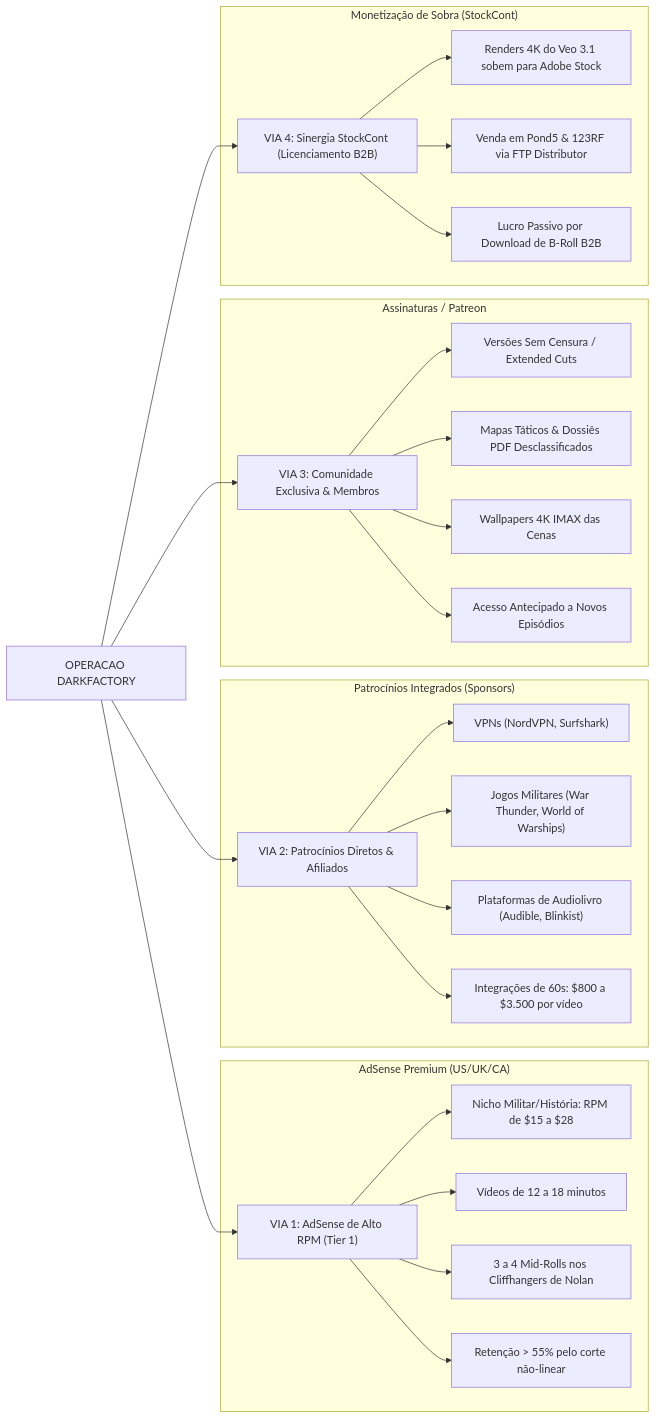
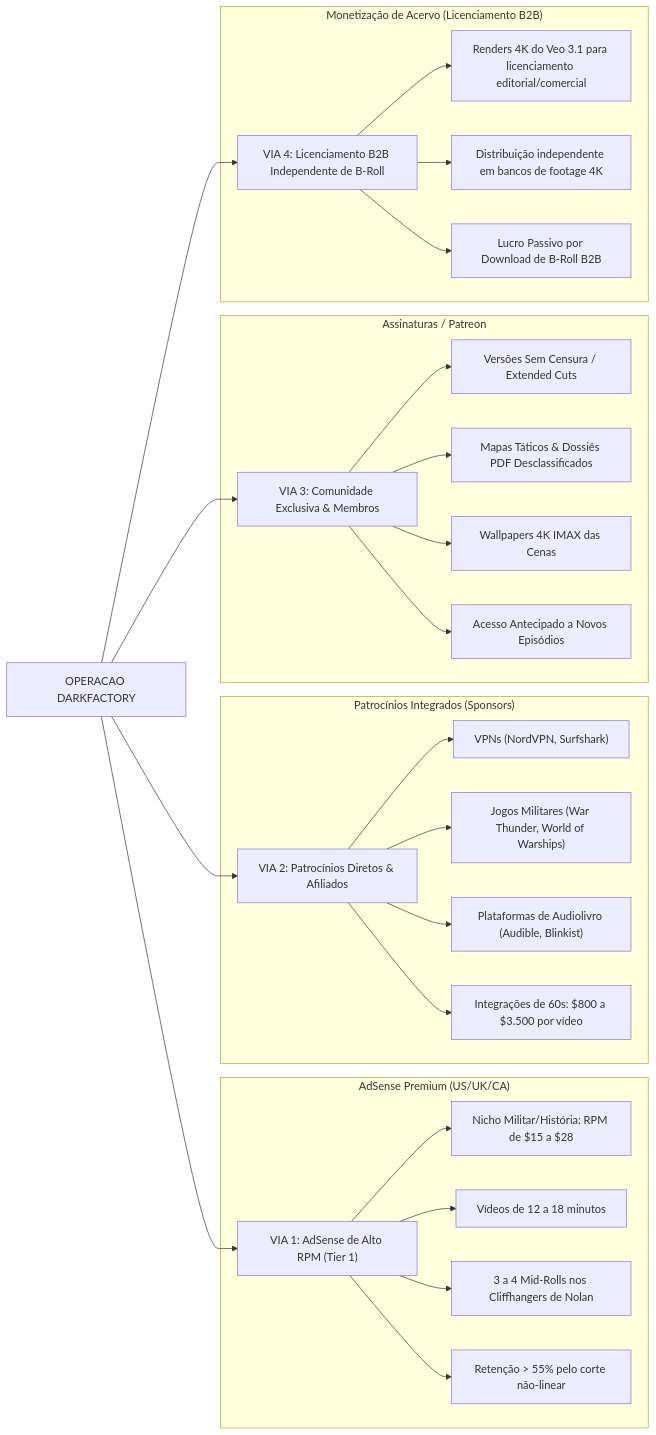
The second of 2 diagrams in roadmap-monetizacao-darkfactory.md (ciamarrojonatan-droid/darkfactory), drawn with Mermaid before and after one commit. The commit also changed other lines of this file and 102 other files, not shown here.

````diff
--- a/roadmap-monetizacao-darkfactory.md
+++ b/roadmap-monetizacao-darkfactory.md
@@ -59,34 +59,34 @@
 ```mermaid
 flowchart LR
     DF["OPERACAO DARKFACTORY"] --> V1["VIA 1: AdSense de Alto RPM (Tier 1)"]
     DF --> V2["VIA 2: Patrocínios Diretos & Afiliados"]
     DF --> V3["VIA 3: Comunidade Exclusiva & Membros"]
-    DF --> V4["VIA 4: Sinergia StockCont (Licenciamento B2B)"]
+    DF --> V4["VIA 4: Licenciamento B2B Independente de B-Roll"]
 
     subgraph VIA1["AdSense Premium (US/UK/CA)"]
         V1 --> A1["Nicho Militar/História: RPM de $15 a $28"]
         V1 --> A2["Vídeos de 12 a 18 minutos"]
         V1 --> A3["3 a 4 Mid-Rolls nos Cliffhangers de Nolan"]
         V1 --> A4["Retenção > 55% pelo corte não-linear"]
     end
 
     subgraph VIA2["Patrocínios Integrados (Sponsors)"]
         V2 --> B1["VPNs (NordVPN, Surfshark)"]
         V2 --> B2["Jogos Militares (War Thunder, World of Warships)"]
         V2 --> B3["Plataformas de Audiolivro (Audible, Blinkist)"]
         V2 --> B4["Integrações de 60s: $800 a $3.500 por vídeo"]
     end
 
     subgraph VIA3["Assinaturas / Patreon"]
         V3 --> C1["Versões Sem Censura / Extended Cuts"]
         V3 --> C2["Mapas Táticos & Dossiês PDF Desclassificados"]
         V3 --> C3["Wallpapers 4K IMAX das Cenas"]
         V3 --> C4["Acesso Antecipado a Novos Episódios"]
     end
 
-    subgraph VIA4["Monetização de Sobra (StockCont)"]
-        V4 --> D1["Renders 4K do Veo 3.1 sobem para Adobe Stock"]
-        V4 --> D2["Venda em Pond5 & 123RF via FTP Distributor"]
+    subgraph VIA4["Monetização de Acervo (Licenciamento B2B)"]
+        V4 --> D1["Renders 4K do Veo 3.1 para licenciamento editorial/comercial"]
+        V4 --> D2["Distribuição independente em bancos de footage 4K"]
         V4 --> D3["Lucro Passivo por Download de B-Roll B2B"]
     end
 ```
````
